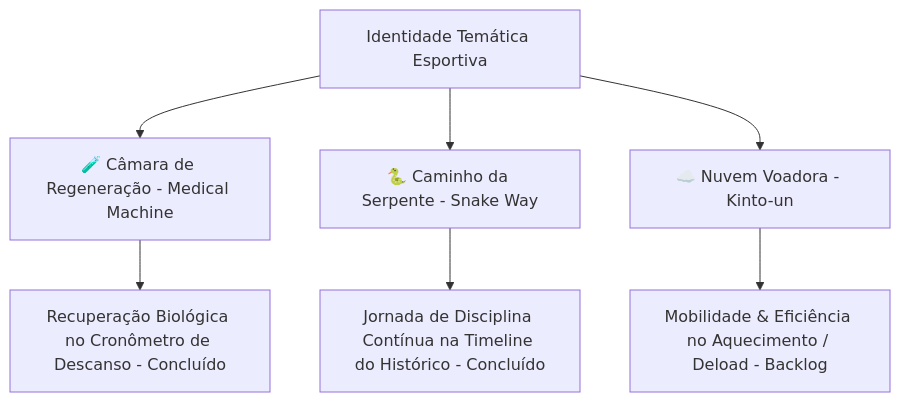
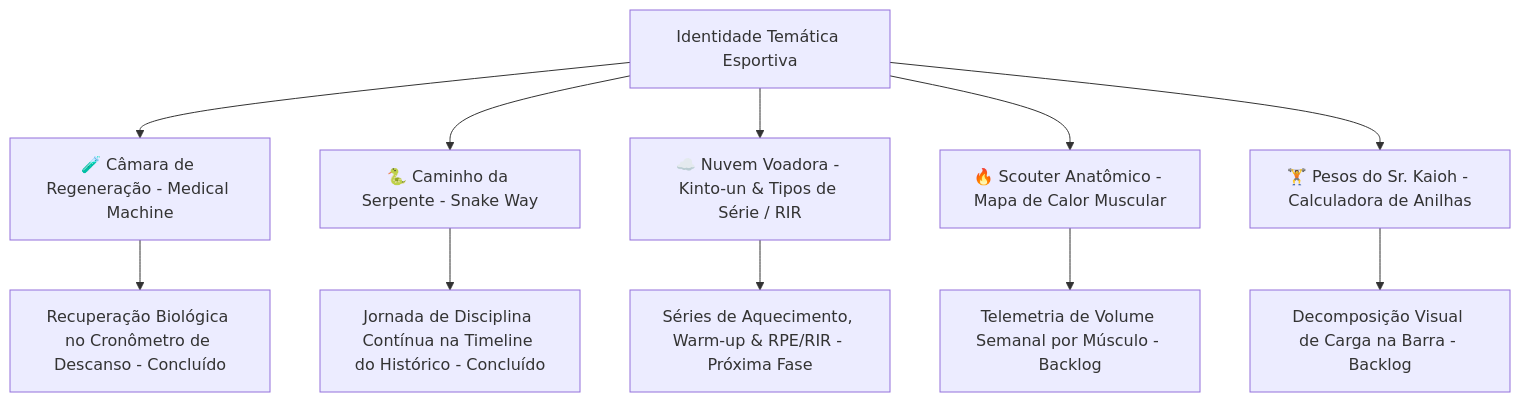
One commit to Luan-Diniz02/Gym_Saiyajin changed the diagram in docs/ROADMAP_TEMATICO.md. Above: the diagram before and after it, drawn with Mermaid. The commit also changed other lines of this file and 23 other files, not shown here.

````diff
--- a/docs/ROADMAP_TEMATICO.md
+++ b/docs/ROADMAP_TEMATICO.md
@@ -13,10 +13,14 @@
 ```mermaid
 graph TD
     A[Identidade Temática Esportiva] --> B[🧪 Câmara de Regeneração - Medical Machine]
     A --> C[🐍 Caminho da Serpente - Snake Way]
-    A --> D[☁️ Nuvem Voadora - Kinto-un]
+    A --> D[☁️ Nuvem Voadora - Kinto-un & Tipos de Série / RIR]
+    A --> E[🔥 Scouter Anatômico - Mapa de Calor Muscular]
+    A --> F[🏋️ Pesos do Sr. Kaioh - Calculadora de Anilhas]
 
     B --> B1[Recuperação Biológica no Cronômetro de Descanso - Concluído]
     C --> C1[Jornada de Disciplina Contínua na Timeline do Histórico - Concluído]
-    D --> D1[Mobilidade & Eficiência no Aquecimento / Deload - Backlog]
+    D --> D1[Séries de Aquecimento, Warm-up & RPE/RIR - Próxima Fase]
+    E --> E1[Telemetria de Volume Semanal por Músculo - Backlog]
+    F --> F1[Decomposição Visual de Carga na Barra - Backlog]
 ```
````
